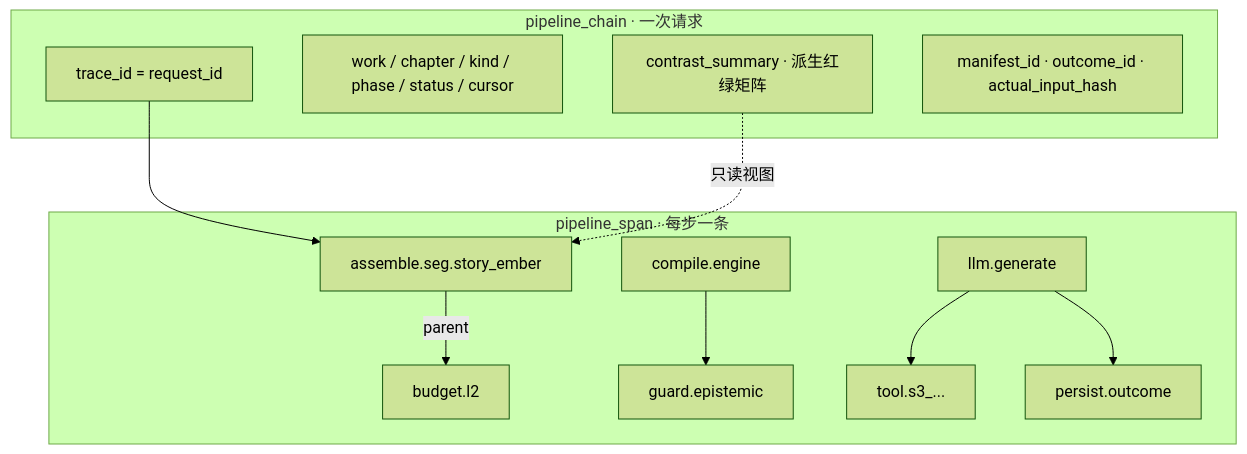
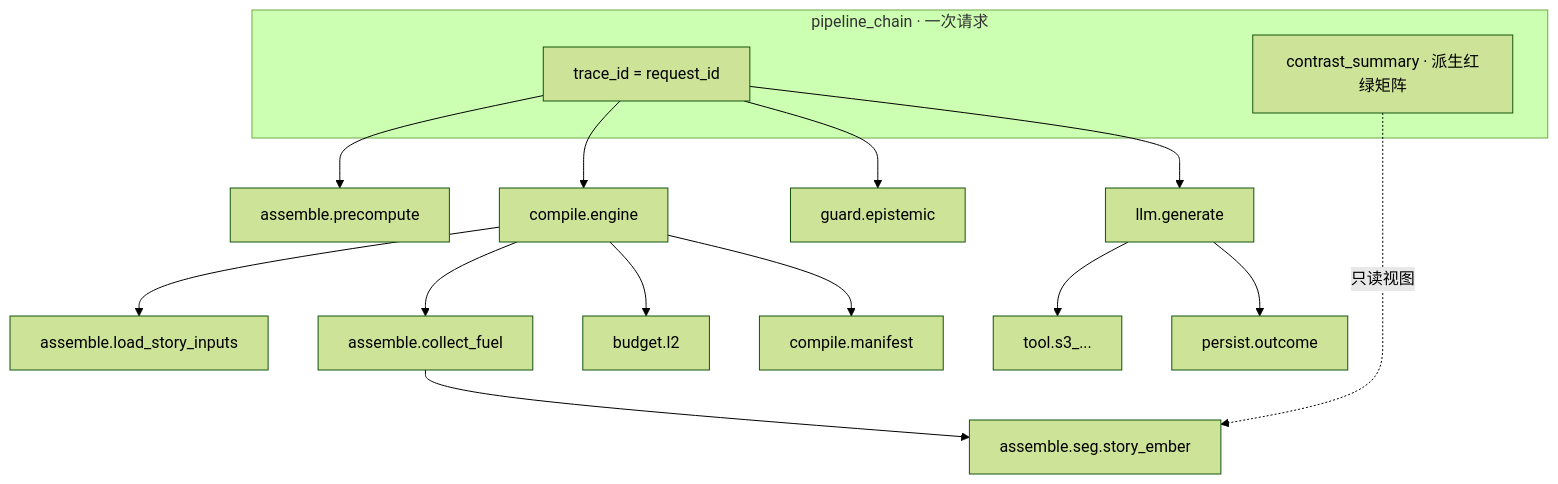
The third of 3 diagrams in docs/plans/2026-08-14-pipeline-trace.md (liuwenpinghaher-commits/scribe-writing-system), drawn with Mermaid (forest theme) before and after one commit. The commit also changed other lines of this file and 2 other files, not shown here.

First line of the commit message:
docs(obs): redesign pipeline analysis logbook as SSOT

````diff
--- a/docs/plans/2026-08-14-pipeline-trace.md
+++ b/docs/plans/2026-08-14-pipeline-trace.md
@@ -245,24 +341,30 @@
 ```mermaid
 flowchart TB
   subgraph chain["pipeline_chain · 一次请求"]
     T["trace_id = request_id"]
-    Meta["work / chapter / kind / phase / status / cursor"]
     Contrast["contrast_summary · 派生红绿矩阵"]
-    Pins["manifest_id · outcome_id · actual_input_hash"]
   end
-  subgraph spans["pipeline_span · 每步一条"]
-    A["assemble.seg.story_ember"]
-    B["budget.l2"]
-    C["compile.engine"]
-    G["guard.epistemic"]
-    L["llm.generate"]
-    H["tool.s3_..."]
-    P["persist.outcome"]
-  end
-  T --> A
-  A -->|parent| B
-  C --> G
+  Pre["assemble.precompute"]
+  Comp["compile.engine"]
+  Load["assemble.load_story_inputs"]
+  Fuel["assemble.collect_fuel"]
+  Ember["assemble.seg.story_ember"]
+  L2["budget.l2"]
+  Man["compile.manifest"]
+  G["guard.epistemic"]
+  L["llm.generate"]
+  H["tool.s3_..."]
+  P["persist.outcome"]
+  T --> Pre
+  T --> Comp
+  T --> G
+  T --> L
+  Comp --> Load
+  Comp --> Fuel
+  Comp --> L2
+  Comp --> Man
+  Fuel --> Ember
   L --> H
   L --> P
-  Contrast -.->|"只读视图"| A
+  Contrast -.->|"只读视图"| Ember
 ```
````
